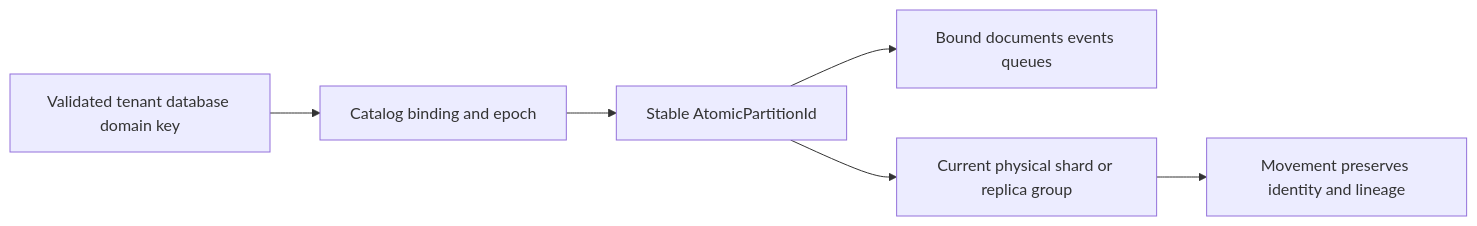
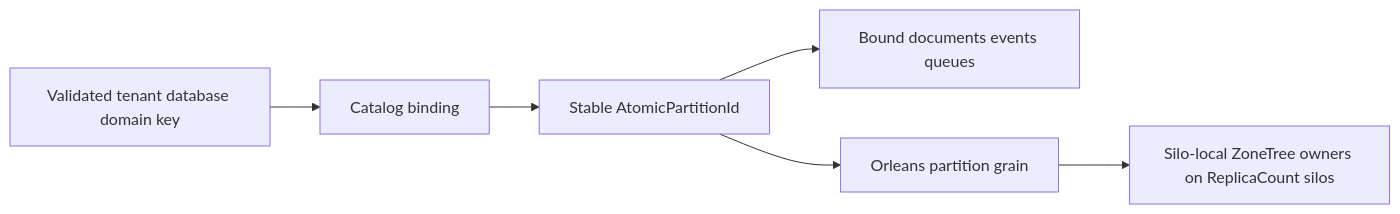
Before and after one commit to managedcode/KeyLoad: the diagram in docs/ADR/ADR-001-partition-identity-affinity.md, drawn with Mermaid. The commit also changed other lines of this file and 271 other files, not shown here.

````diff
--- a/docs/ADR/ADR-001-partition-identity-affinity.md
+++ b/docs/ADR/ADR-001-partition-identity-affinity.md
@@ -31,8 +30,8 @@
 ```mermaid
 flowchart LR
-    Input[Validated tenant database domain key] --> Catalog[Catalog binding and epoch]
+    Input[Validated tenant database domain key] --> Catalog[Catalog binding]
     Catalog --> Atomic[Stable AtomicPartitionId]
     Atomic --> Resources[Bound documents events queues]
-    Atomic --> Placement[Current physical shard or replica group]
-    Placement --> Move[Movement preserves identity and lineage]
+    Atomic --> Grain[Orleans partition grain]
+    Grain --> Owner[Silo-local ZoneTree owners on ReplicaCount silos]
 ```
````
